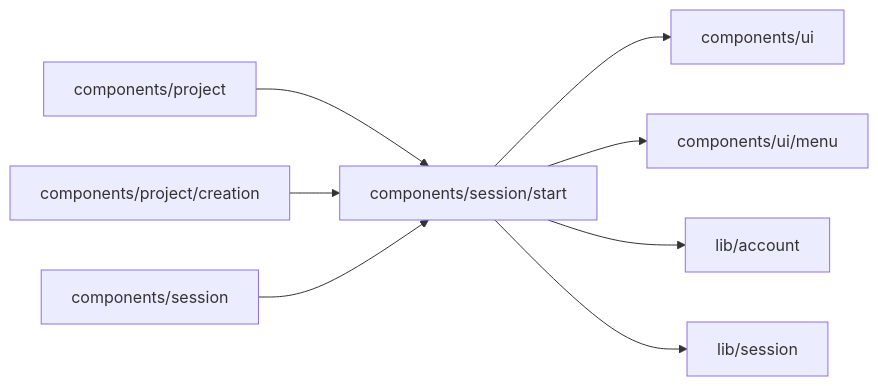
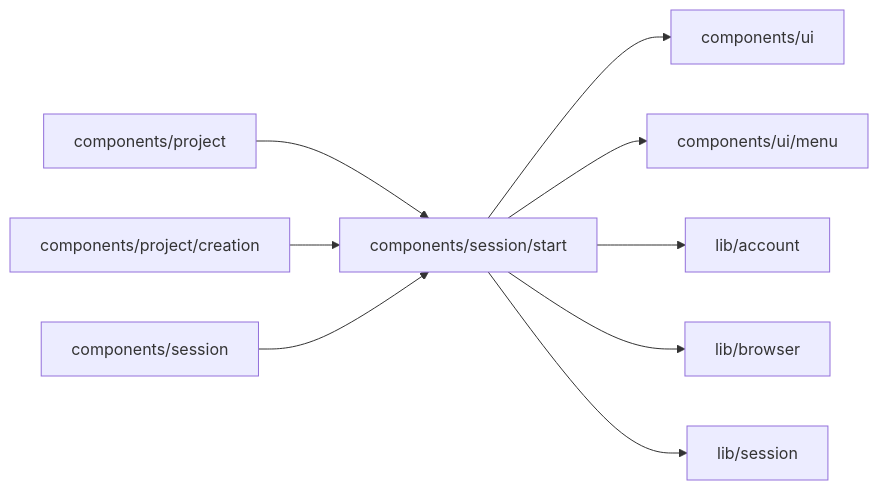
The diagram in web/studio/components/session/start/README.md (superdurable/superverse), drawn with Mermaid before and after one commit. The commit also changed other lines of this file and 167 other files, not shown here.

````diff
--- a/web/studio/components/session/start/README.md
+++ b/web/studio/components/session/start/README.md
@@ -10,11 +10,12 @@
 ```mermaid
 flowchart LR
   self["components/session/start"]
   c0["components/project"] --> self
   c1["components/project/creation"] --> self
   c2["components/session"] --> self
   self --> d0["components/ui"]
   self --> d1["components/ui/menu"]
   self --> d2["lib/account"]
-  self --> d3["lib/session"]
+  self --> d3["lib/browser"]
+  self --> d4["lib/session"]
 ```
````
